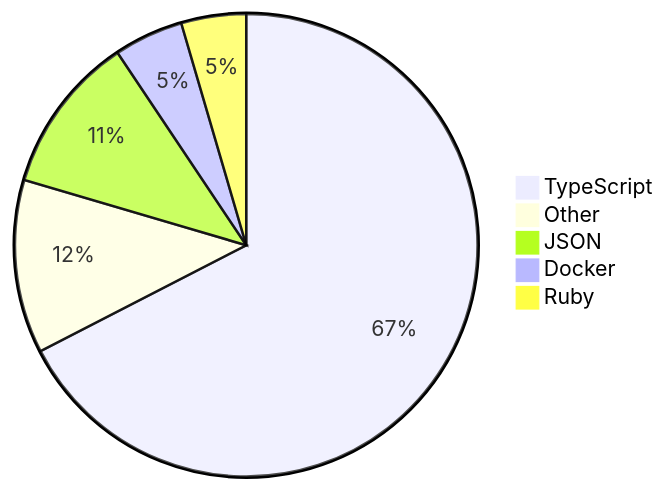
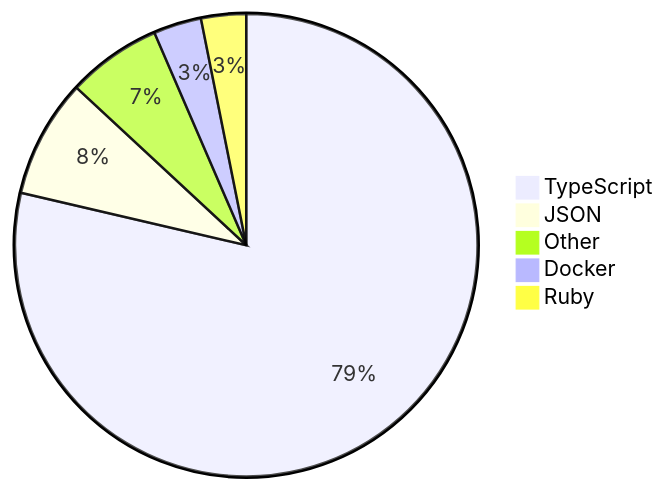
Before and after one commit to skvggor/skvggor: the diagram in README.md, drawn with Mermaid.

Commit message:
Updated waka-readme graph with new metrics

````diff
--- a/README.md
+++ b/README.md
@@ -16,8 +16,8 @@
 ```mermaid
 pie
-    "TypeScript" : 64.0
-    "Other" : 11.5
-    "JSON" : 10.5
-    "Docker" : 4.6
-    "Ruby" : 4.3
+    "TypeScript" : 75.1
+    "JSON" : 7.9
+    "Other" : 6.3
+    "Docker" : 3.2
+    "Ruby" : 3.0
 ```
````
